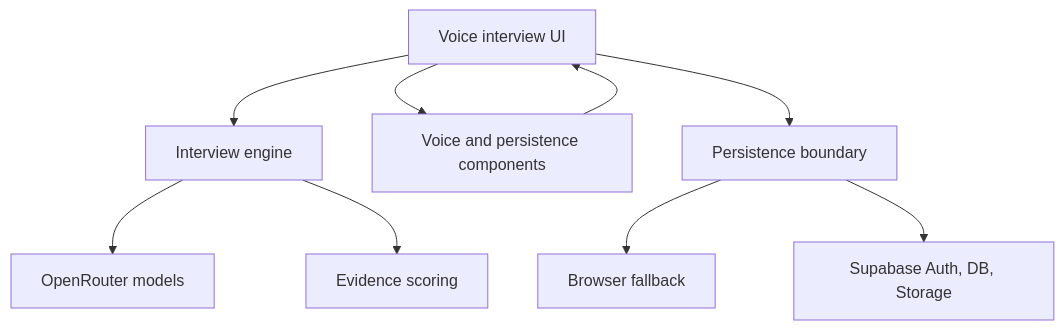
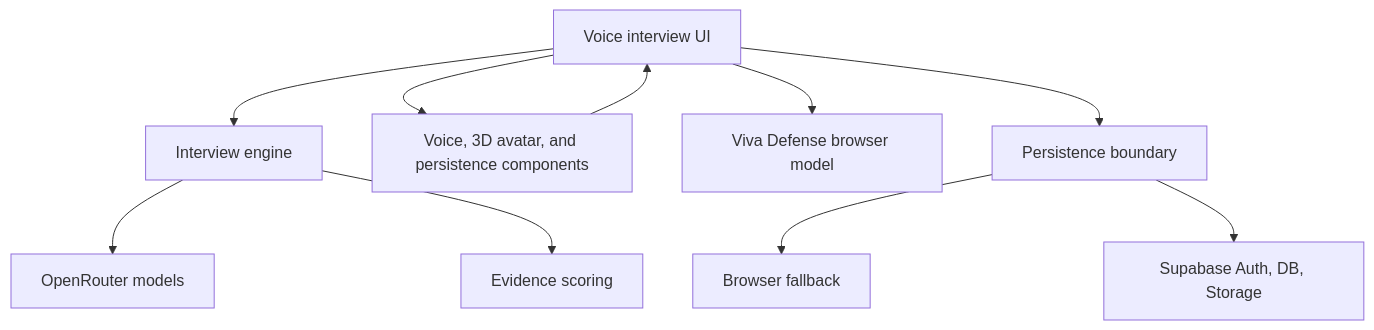
The diagram in docs/ARCHITECTURE.md (musagithub1/HireSense_AI), drawn with Mermaid before and after one commit. The commit also changed other lines of this file and 36 other files, not shown here.

````diff
--- a/docs/ARCHITECTURE.md
+++ b/docs/ARCHITECTURE.md
@@ -8,11 +8,12 @@
 ```mermaid
 flowchart TD
     UI["Voice interview UI"] --> Engine["Interview engine"]
-    UI --> Components["Voice and persistence components"]
+    UI --> Components["Voice, 3D avatar, and persistence components"]
+    UI --> Viva["Viva Defense browser model"]
     Engine --> OpenRouter["OpenRouter models"]
     Engine --> Evidence["Evidence scoring"]
     UI --> Data["Persistence boundary"]
     Components --> UI
     Data --> Browser["Browser fallback"]
     Data --> Supabase["Supabase Auth, DB, Storage"]
 ```
````
